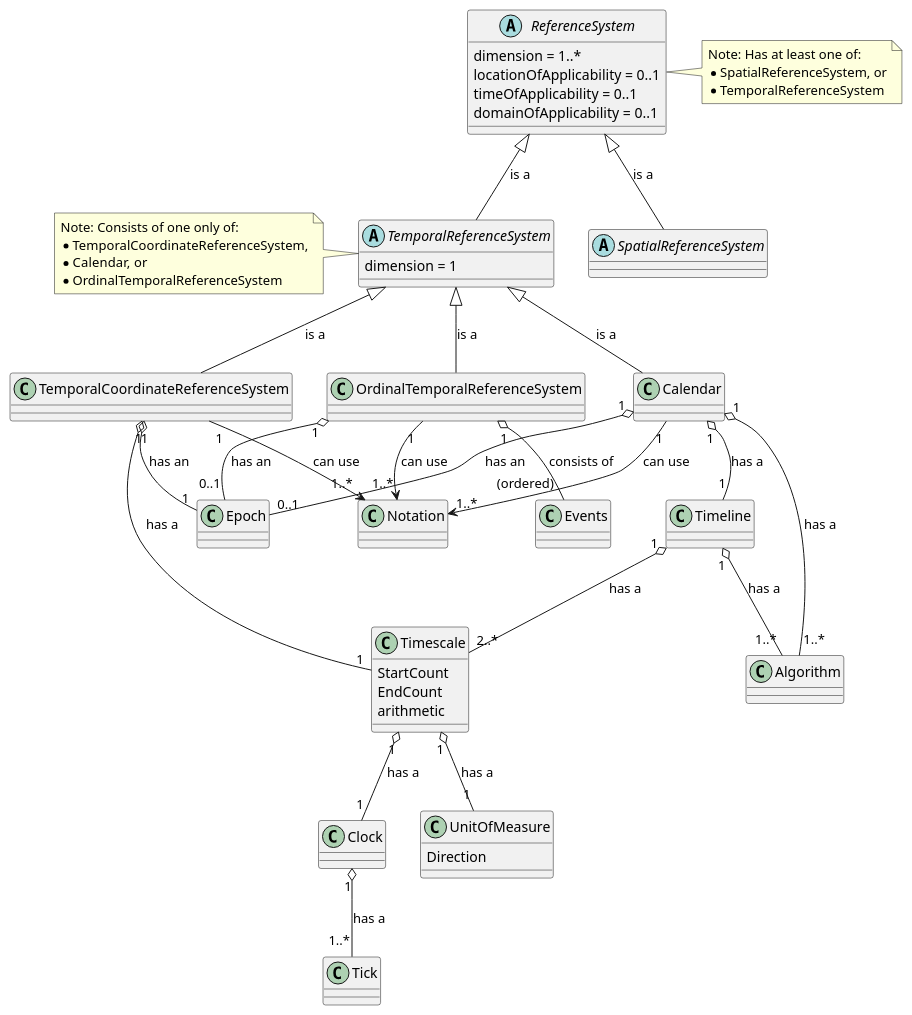
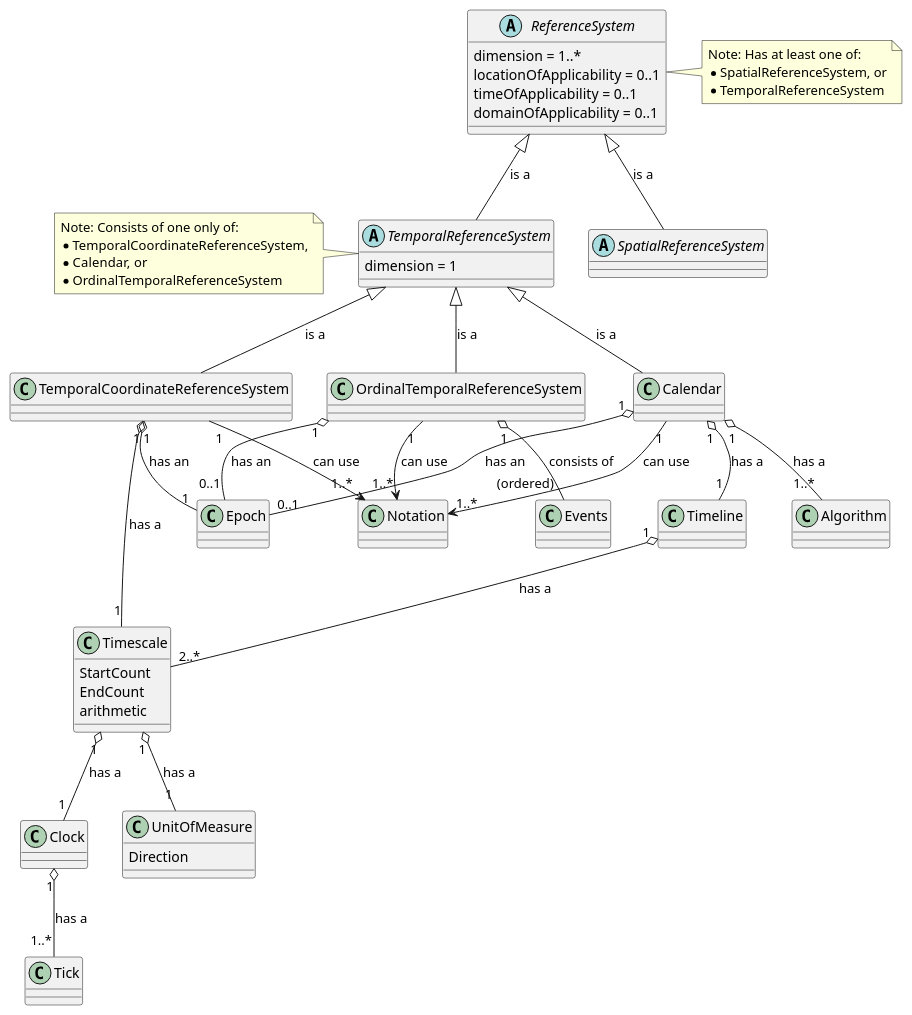
Before and after one commit to opengeospatial/Temporal-Abstract-Spec: the diagram in 23-049/sections/07-cm.adoc, drawn with PlantUML.

```diff
--- a/23-049/sections/07-cm.adoc
+++ b/23-049/sections/07-cm.adoc
@@ -87,7 +87,6 @@
 }
 
 Timeline "1" o-- "2..*" Timescale : has a
-Timeline "1" o-- "1..*" Algorithm : has a
 @enduml
 
 ....
```
